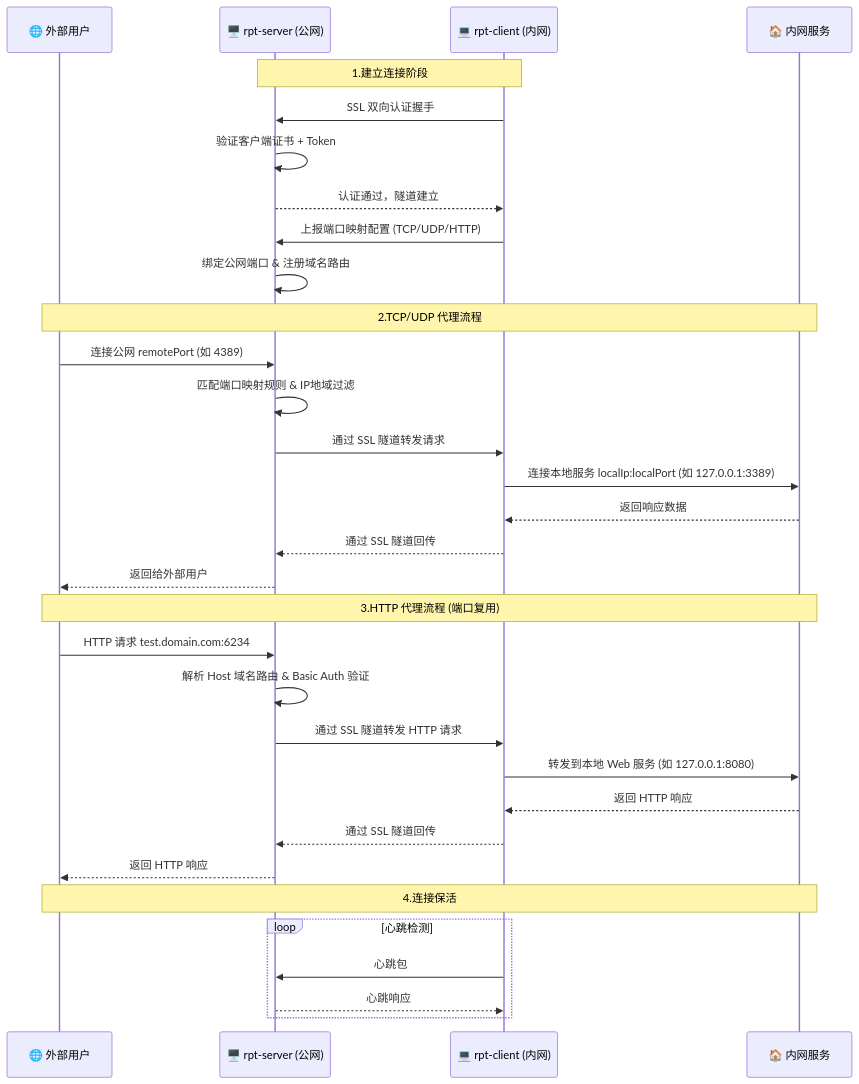
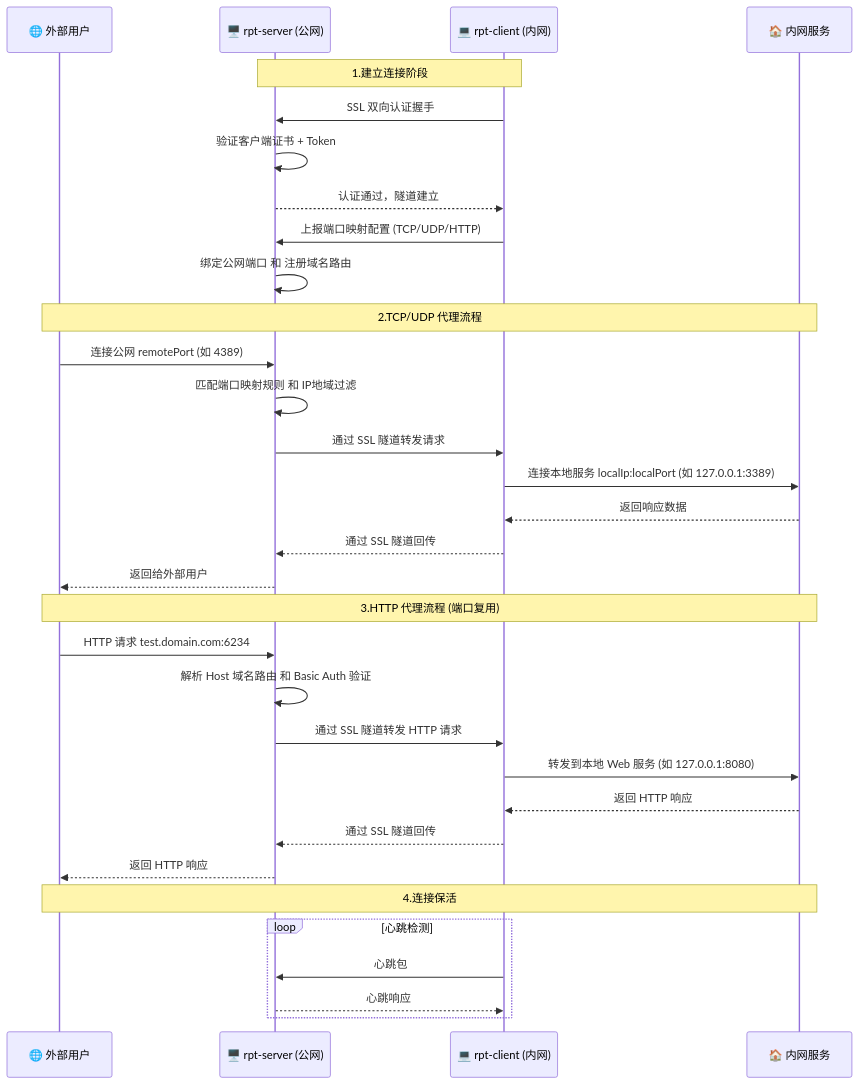
One commit to iamlinhui/rpt changed the first of 2 diagrams in README.md. Above: the diagram before and after it, drawn with Mermaid. The commit also changed other lines of this file, not shown here.

````diff
--- a/README.md
+++ b/README.md
@@ -45,38 +47,38 @@
 ```mermaid
 sequenceDiagram
     participant U as 🌐 外部用户
     participant S as 🖥️ rpt-server (公网)
     participant C as 💻 rpt-client (内网)
     participant L as 🏠 内网服务
 
     Note over C,S: 1.建立连接阶段
     C->>S: SSL 双向认证握手
     S->>S: 验证客户端证书 + Token
     S-->>C: 认证通过，隧道建立
     C->>S: 上报端口映射配置 (TCP/UDP/HTTP)
-    S->>S: 绑定公网端口 & 注册域名路由
+    S->>S: 绑定公网端口 和 注册域名路由
 
     Note over U,L: 2.TCP/UDP 代理流程
     U->>S: 连接公网 remotePort (如 4389)
-    S->>S: 匹配端口映射规则 & IP地域过滤
+    S->>S: 匹配端口映射规则 和 IP地域过滤
     S->>C: 通过 SSL 隧道转发请求
     C->>L: 连接本地服务 localIp:localPort (如 127.0.0.1:3389)
     L-->>C: 返回响应数据
     C-->>S: 通过 SSL 隧道回传
     S-->>U: 返回给外部用户
 
     Note over U,L: 3.HTTP 代理流程 (端口复用)
     U->>S: HTTP 请求 test.domain.com:6234
-    S->>S: 解析 Host 域名路由 & Basic Auth 验证
+    S->>S: 解析 Host 域名路由 和 Basic Auth 验证
     S->>C: 通过 SSL 隧道转发 HTTP 请求
     C->>L: 转发到本地 Web 服务 (如 127.0.0.1:8080)
     L-->>C: 返回 HTTP 响应
     C-->>S: 通过 SSL 隧道回传
     S-->>U: 返回 HTTP 响应
 
     Note over U,L: 4.连接保活
     loop 心跳检测
         C->>S: 心跳包
         S-->>C: 心跳响应
     end
 ```
````
